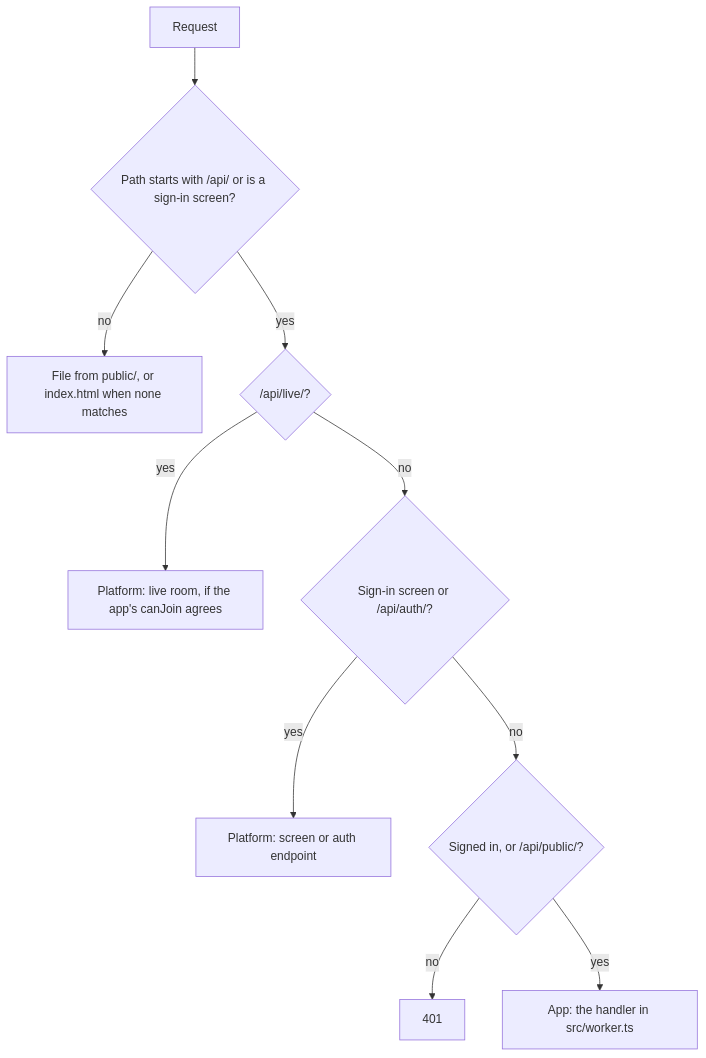
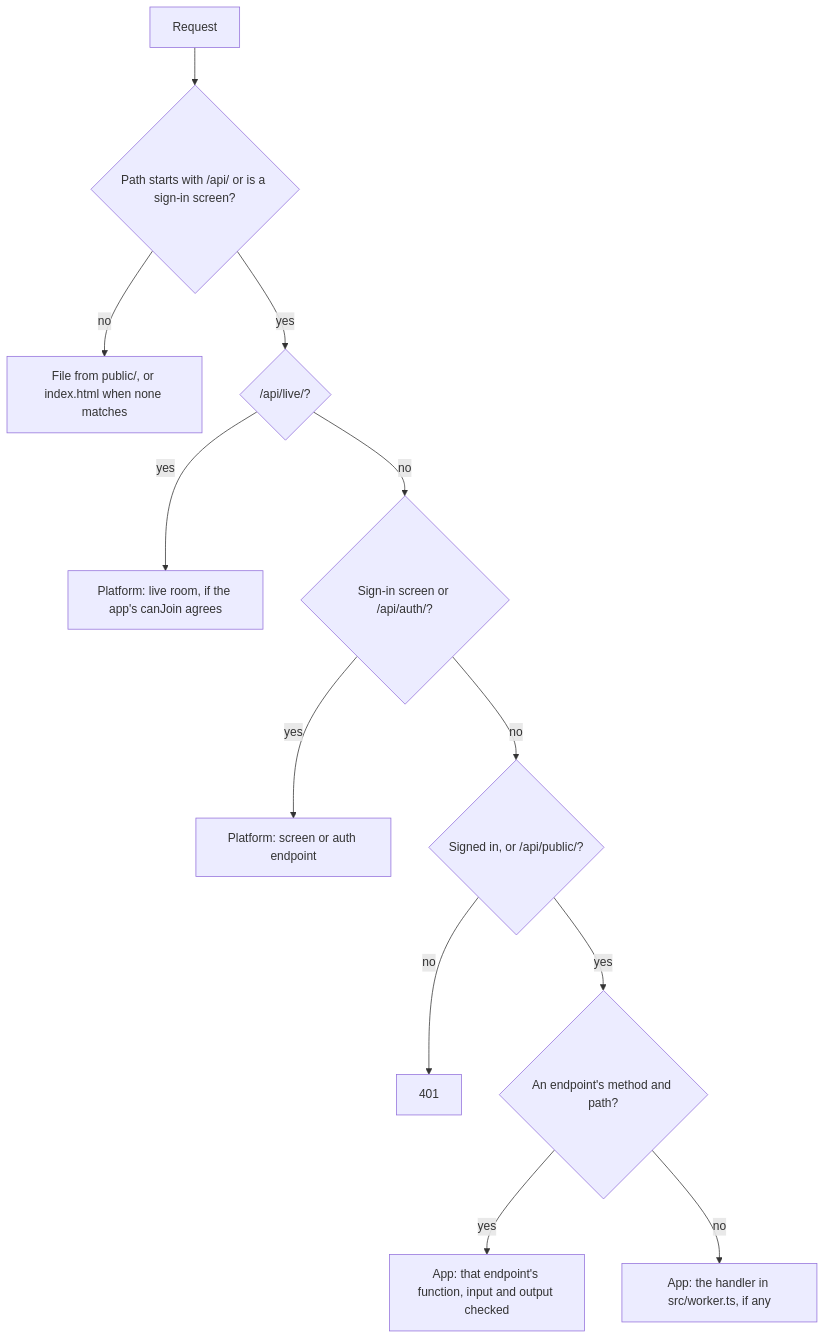
The first of 2 diagrams in docs/how-it-works.md (celsoft-com/platform), drawn with Mermaid before and after one commit. The commit also changed other lines of this file and 23 other files, not shown here.

````diff
--- a/docs/how-it-works.md
+++ b/docs/how-it-works.md
@@ -43,12 +44,14 @@
 ```mermaid
 flowchart TD
   R[Request] --> A{Path starts with /api/ or is a sign-in screen?}
   A -- no --> S[File from public/, or index.html when none matches]
   A -- yes --> L{/api/live/?}
   L -- yes --> LR[Platform: live room, if the app's canJoin agrees]
   L -- no --> P{Sign-in screen or /api/auth/?}
   P -- yes --> PA[Platform: screen or auth endpoint]
   P -- no --> G{Signed in, or /api/public/?}
   G -- no --> X[401]
-  G -- yes --> H[App: the handler in src/worker.ts]
+  G -- yes --> E{An endpoint's method and path?}
+  E -- yes --> EP[App: that endpoint's function, input and output checked]
+  E -- no --> H[App: the handler in src/worker.ts, if any]
 ```
````
